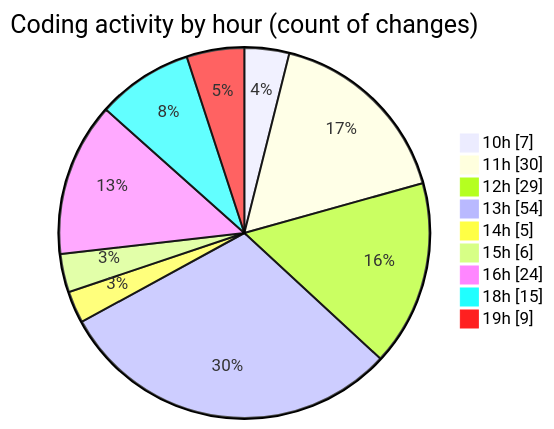
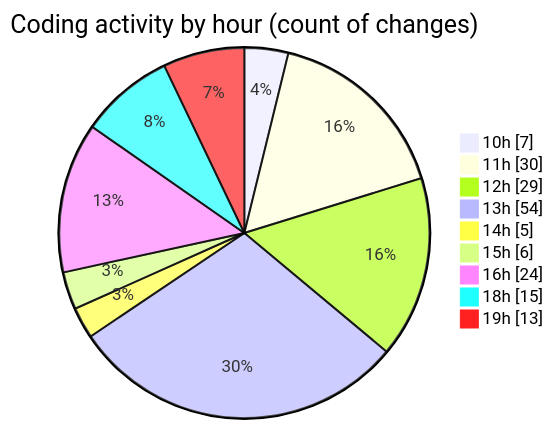
The second of 2 diagrams in 2025-06-26/cda/README.md (momahboobian/code-tracking), drawn with Mermaid before and after one commit. The commit also changed other lines of this file and 1 other file, not shown here.

````diff
--- a/2025-06-26/cda/README.md
+++ b/2025-06-26/cda/README.md
@@ -44,13 +44,13 @@
 ```mermaid
 pie showData
 title Coding activity by hour (count of changes)
 "10h" : 7
 "11h" : 30
 "12h" : 29
 "13h" : 54
 "14h" : 5
 "15h" : 6
 "16h" : 24
 "18h" : 15
-"19h" : 9
+"19h" : 13
 ```
````
